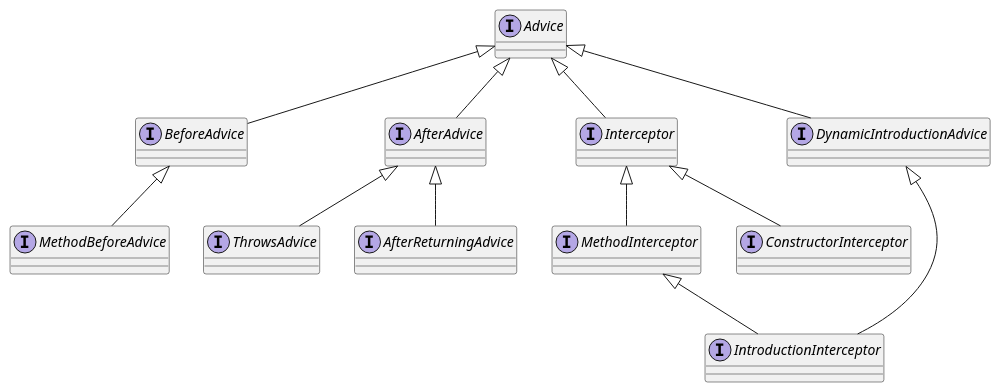
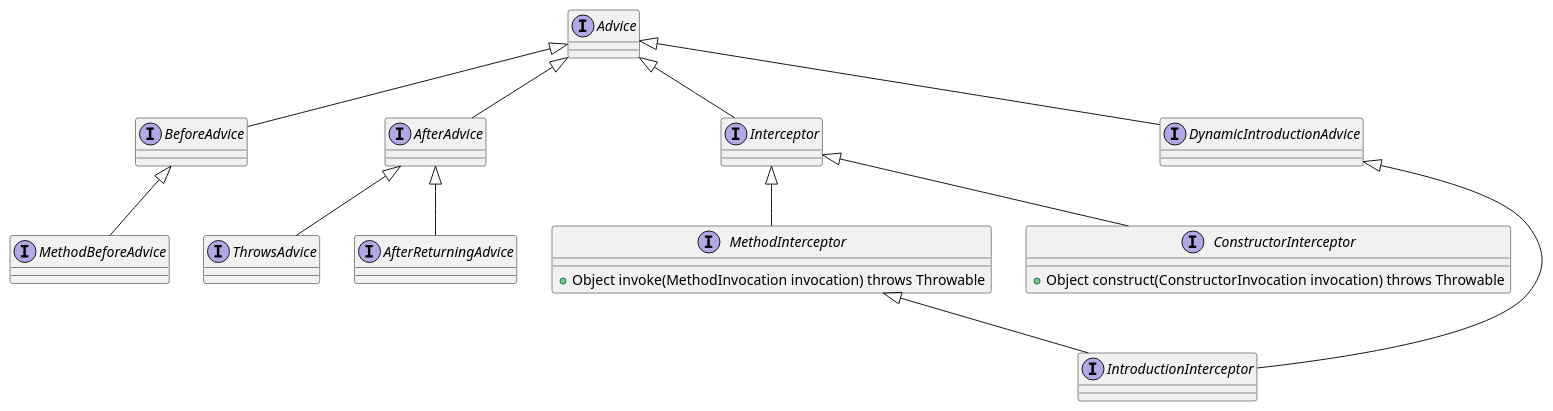
Before and after one commit to onlyonion/development: the diagram in 20-framework/src/spring/spring-aop/aopalliance/aop/Advice.md, drawn with PlantUML. The commit also changed other lines of this file and 21 other files, not shown here.

````diff
--- a/20-framework/src/spring/spring-aop/aopalliance/aop/Advice.md
+++ b/20-framework/src/spring/spring-aop/aopalliance/aop/Advice.md
@@ -11,32 +62,36 @@
 ```plantuml
 @startuml
 
 interface Advice
 
 interface BeforeAdvice
 interface MethodBeforeAdvice
 Advice <|-- BeforeAdvice
 BeforeAdvice <|-- MethodBeforeAdvice
 
 interface AfterAdvice 
 interface ThrowsAdvice
 interface AfterReturningAdvice
 Advice <|-- AfterAdvice
 AfterAdvice <|-- ThrowsAdvice
 AfterAdvice <|-- AfterReturningAdvice
 
 interface Interceptor
-interface MethodInterceptor
-interface ConstructorInterceptor
+interface MethodInterceptor {
+    + Object invoke(MethodInvocation invocation) throws Throwable
+}
+interface ConstructorInterceptor {
+    + Object construct(ConstructorInvocation invocation) throws Throwable
+}
 Advice <|-- Interceptor
 Interceptor <|-- MethodInterceptor
 Interceptor <|-- ConstructorInterceptor
 
 interface DynamicIntroductionAdvice
 interface IntroductionInterceptor
 Advice <|-- DynamicIntroductionAdvice
 MethodInterceptor <|-- IntroductionInterceptor
 DynamicIntroductionAdvice <|-- IntroductionInterceptor
 
 @enduml
 ```
````
